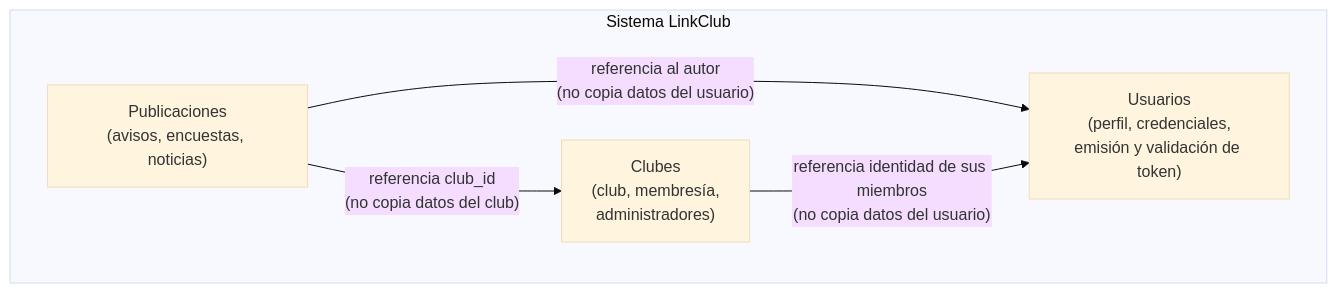
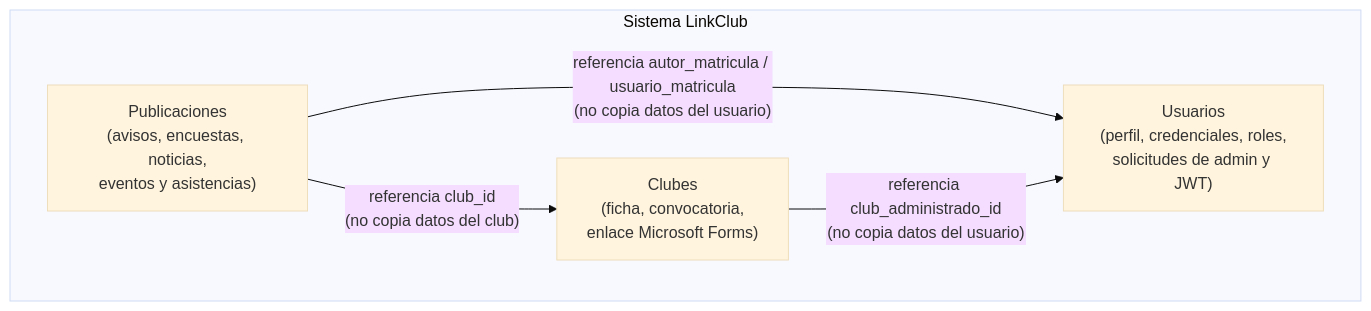
Before and after one commit to ISCOUTB/AS_202620_Clubs_UTB: the diagram in docs/arc42/08_conceptos_transversales.md, drawn with Mermaid (base theme). The commit also changed other lines of this file and 42 other files, not shown here.

````diff
--- a/docs/arc42/08_conceptos_transversales.md
+++ b/docs/arc42/08_conceptos_transversales.md
@@ -39,12 +23,12 @@
 ```mermaid
 graph TB
     subgraph LinkClub["Sistema LinkClub"]
-        Clubes["Clubes<br/>(club, membresía,<br/>administradores)"]
-        Publicaciones["Publicaciones<br/>(avisos, encuestas, noticias)"]
-        Usuarios["Usuarios<br/>(perfil, credenciales,<br/>emisión y validación de token)"]
+        Clubes["Clubes<br/>(ficha, convocatoria,<br/>enlace Microsoft Forms)"]
+        Publicaciones["Publicaciones<br/>(avisos, encuestas, noticias,<br/>eventos y asistencias)"]
+        Usuarios["Usuarios<br/>(perfil, credenciales, roles,<br/>solicitudes de admin y JWT)"]
     end
 
     Publicaciones -->|"referencia club_id<br/>(no copia datos del club)"| Clubes
-    Publicaciones -->|"referencia al autor<br/>(no copia datos del usuario)"| Usuarios
-    Clubes -->|"referencia identidad de sus miembros<br/>(no copia datos del usuario)"| Usuarios
+    Publicaciones -->|"referencia autor_matricula / usuario_matricula<br/>(no copia datos del usuario)"| Usuarios
+    Clubes -->|"referencia club_administrado_id<br/>(no copia datos del usuario)"| Usuarios
 ```
````
